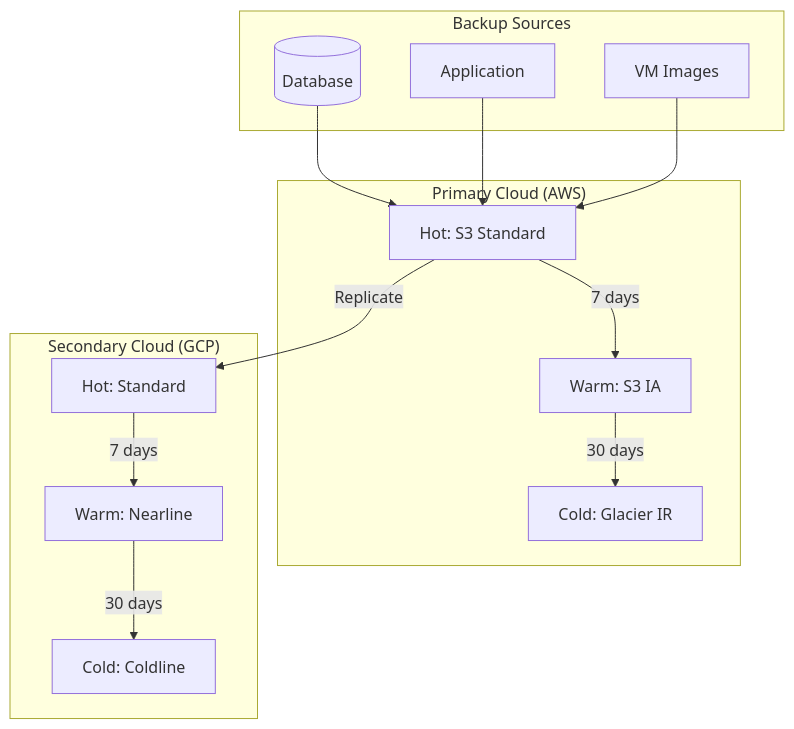
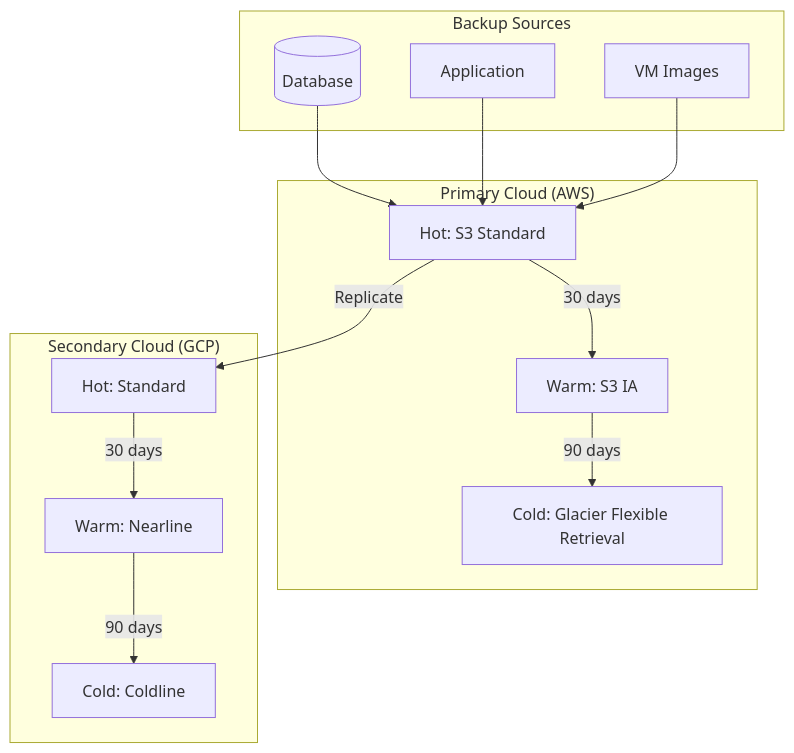
The fifth of 5 diagrams in posts/2026-01-30-backup-tiering/README.md (OneUptime/blog), drawn with Mermaid before and after one commit. The commit also changed other lines of this file and 2 other files, not shown here.

````diff
--- a/posts/2026-01-30-backup-tiering/README.md
+++ b/posts/2026-01-30-backup-tiering/README.md
@@ -939,31 +960,31 @@
 ```mermaid
 flowchart TB
     subgraph Backups["Backup Sources"]
         DB[(Database)]
         App[Application]
         VM[VM Images]
     end
 
     subgraph Primary["Primary Cloud (AWS)"]
         PH[Hot: S3 Standard]
         PW[Warm: S3 IA]
-        PC[Cold: Glacier IR]
+        PC[Cold: Glacier Flexible Retrieval]
     end
 
     subgraph Secondary["Secondary Cloud (GCP)"]
         SH[Hot: Standard]
         SW[Warm: Nearline]
         SC[Cold: Coldline]
     end
 
     DB --> PH
     App --> PH
     VM --> PH
 
     PH -->|Replicate| SH
-    PH -->|7 days| PW
-    PW -->|30 days| PC
+    PH -->|30 days| PW
+    PW -->|90 days| PC
 
-    SH -->|7 days| SW
-    SW -->|30 days| SC
+    SH -->|30 days| SW
+    SW -->|90 days| SC
 ```
````
